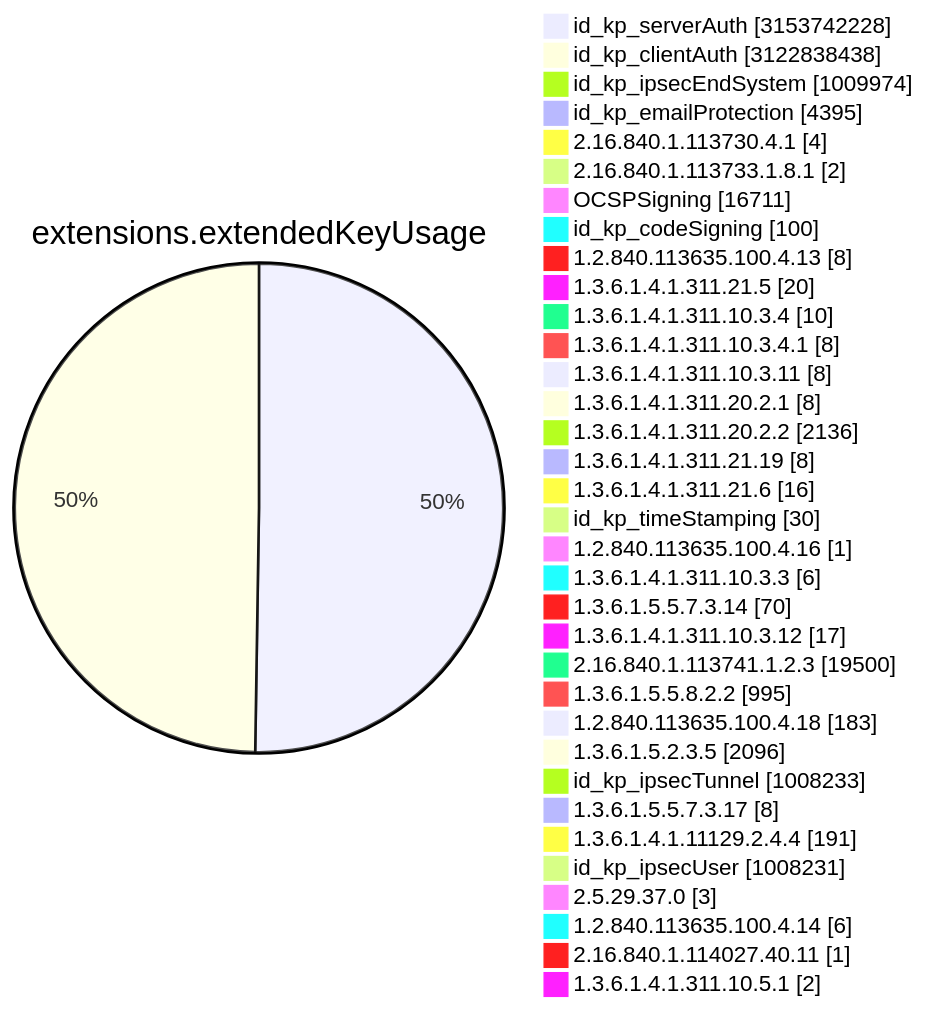
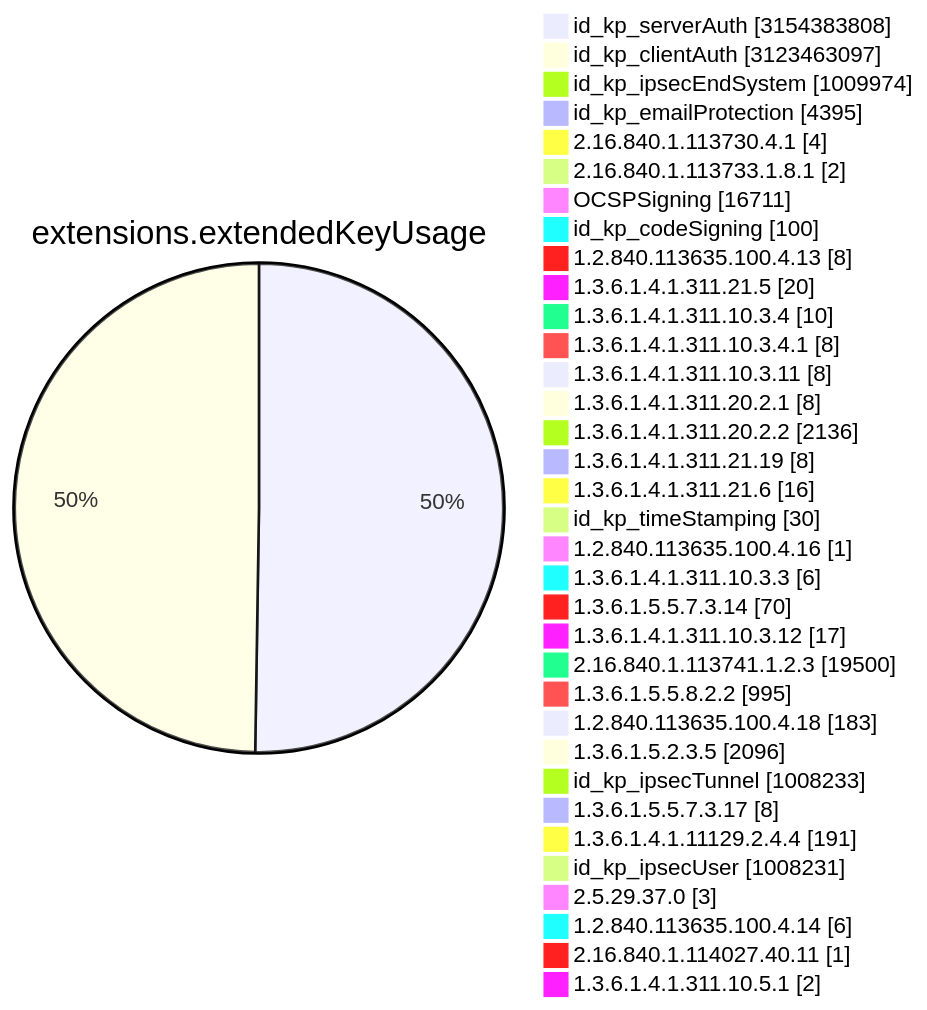
Before and after one commit to christiankrug/ctmonitor_visualization: diagram 11 of 15 in TOTAL/README.md, drawn with Mermaid. The commit also changed other lines of this file, not shown here.

````diff
--- a/TOTAL/README.md
+++ b/TOTAL/README.md
@@ -4119,38 +4119,38 @@
 ```mermaid
 pie showData
 title extensions.extendedKeyUsage
-"id_kp_serverAuth" :3153742228
-"id_kp_clientAuth" :3122838438
+"id_kp_serverAuth" :3154383808
+"id_kp_clientAuth" :3123463097
 "id_kp_ipsecEndSystem" :1009974
 "id_kp_emailProtection" :4395
 "2.16.840.1.113730.4.1" :4
 "2.16.840.1.113733.1.8.1" :2
 "OCSPSigning" :16711
 "id_kp_codeSigning" :100
 "1.2.840.113635.100.4.13" :8
 "1.3.6.1.4.1.311.21.5" :20
 "1.3.6.1.4.1.311.10.3.4" :10
 "1.3.6.1.4.1.311.10.3.4.1" :8
 "1.3.6.1.4.1.311.10.3.11" :8
 "1.3.6.1.4.1.311.20.2.1" :8
 "1.3.6.1.4.1.311.20.2.2" :2136
 "1.3.6.1.4.1.311.21.19" :8
 "1.3.6.1.4.1.311.21.6" :16
 "id_kp_timeStamping" :30
 "1.2.840.113635.100.4.16" :1
 "1.3.6.1.4.1.311.10.3.3" :6
 "1.3.6.1.5.5.7.3.14" :70
 "1.3.6.1.4.1.311.10.3.12" :17
 "2.16.840.1.113741.1.2.3" :19500
 "1.3.6.1.5.5.8.2.2" :995
 "1.2.840.113635.100.4.18" :183
 "1.3.6.1.5.2.3.5" :2096
 "id_kp_ipsecTunnel" :1008233
 "1.3.6.1.5.5.7.3.17" :8
 "1.3.6.1.4.1.11129.2.4.4" :191
 "id_kp_ipsecUser" :1008231
 "2.5.29.37.0" :3
 "1.2.840.113635.100.4.14" :6
 "2.16.840.1.114027.40.11" :1
 "1.3.6.1.4.1.311.10.5.1" :2
 ```
````
